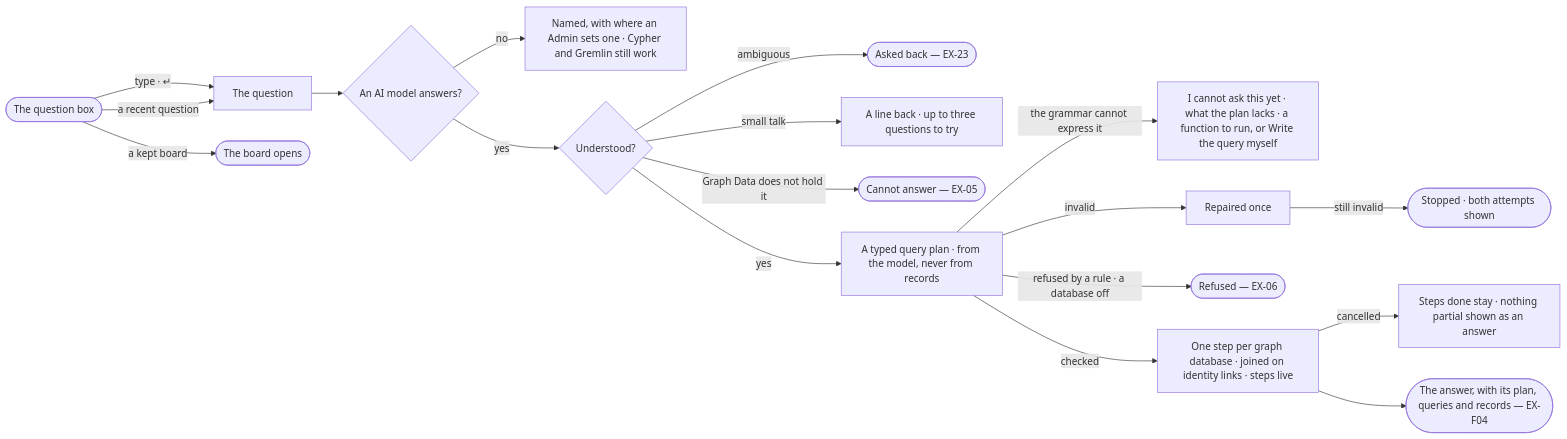
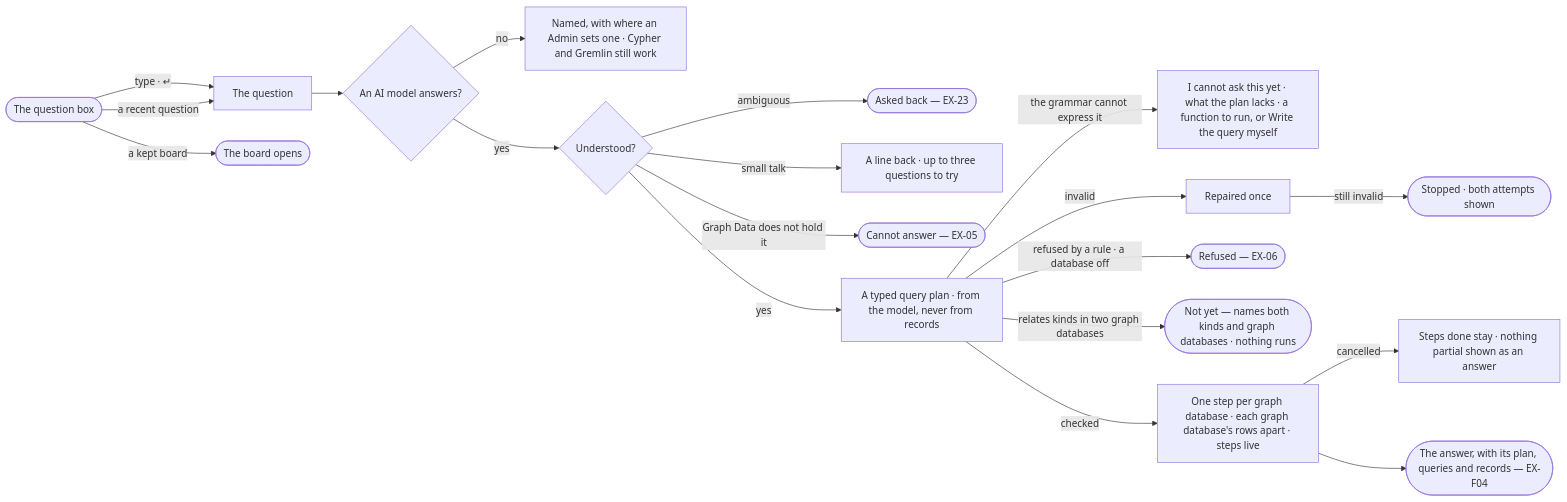
The diagram in specs/capabilities/explore/features/EX-F03-ask-a-question/stories/EX-01-ask-in-plain-words/story.md (invana/invana), drawn with Mermaid before and after one commit. The commit also changed other lines of this file and 54 other files, not shown here.

First line of the commit message:
docs(specs): many graph databases by access, links within one database, Model views restored

````diff
--- a/specs/capabilities/explore/features/EX-F03-ask-a-question/stories/EX-01-ask-in-plain-words/story.md
+++ b/specs/capabilities/explore/features/EX-F03-ask-a-question/stories/EX-01-ask-in-plain-words/story.md
@@ -28,19 +28,20 @@
 ```mermaid
 flowchart LR
   a([The question box]) -->|type · ↵| q["The question"]
   a -->|a recent question| q
   a -->|a kept board| b([The board opens])
   q --> llm{An AI model answers?}
   llm -->|no| nl["Named, with where an Admin sets one · Cypher and Gremlin still work"]
   llm -->|yes| u{Understood?}
   u -->|ambiguous| cq(["Asked back — EX-23"])
   u -->|small talk| t["A line back · up to three questions to try"]
   u -->|Graph Data does not hold it| ca(["Cannot answer — EX-05"])
   u -->|yes| p["A typed query plan · from the model, never from records"]
   p -->|the grammar cannot express it| gap["I cannot ask this yet · what the plan lacks · a function to run, or Write the query myself"]
   p -->|invalid| rp["Repaired once"] -->|still invalid| st(["Stopped · both attempts shown"])
   p -->|refused by a rule · a database off| rf(["Refused — EX-06"])
-  p -->|checked| r["One step per graph database · joined on identity links · steps live"]
+  p -->|relates kinds in two graph databases| xdb(["Not yet — names both kinds and graph databases · nothing runs"])
+  p -->|checked| r["One step per graph database · each graph database's rows apart · steps live"]
   r -->|cancelled| c["Steps done stay · nothing partial shown as an answer"]
   r --> ans(["The answer, with its plan, queries and records — EX-F04"])
 ```
````
